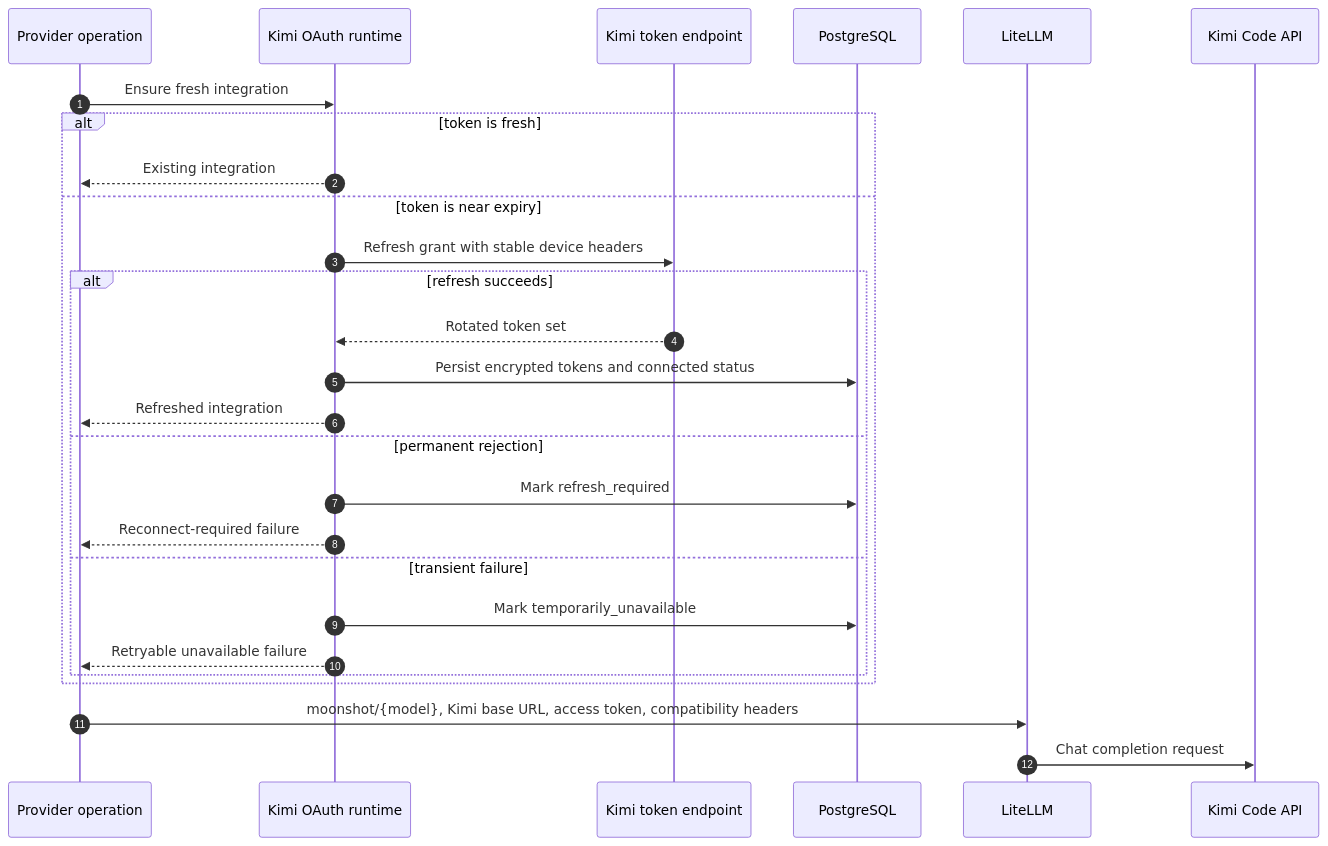
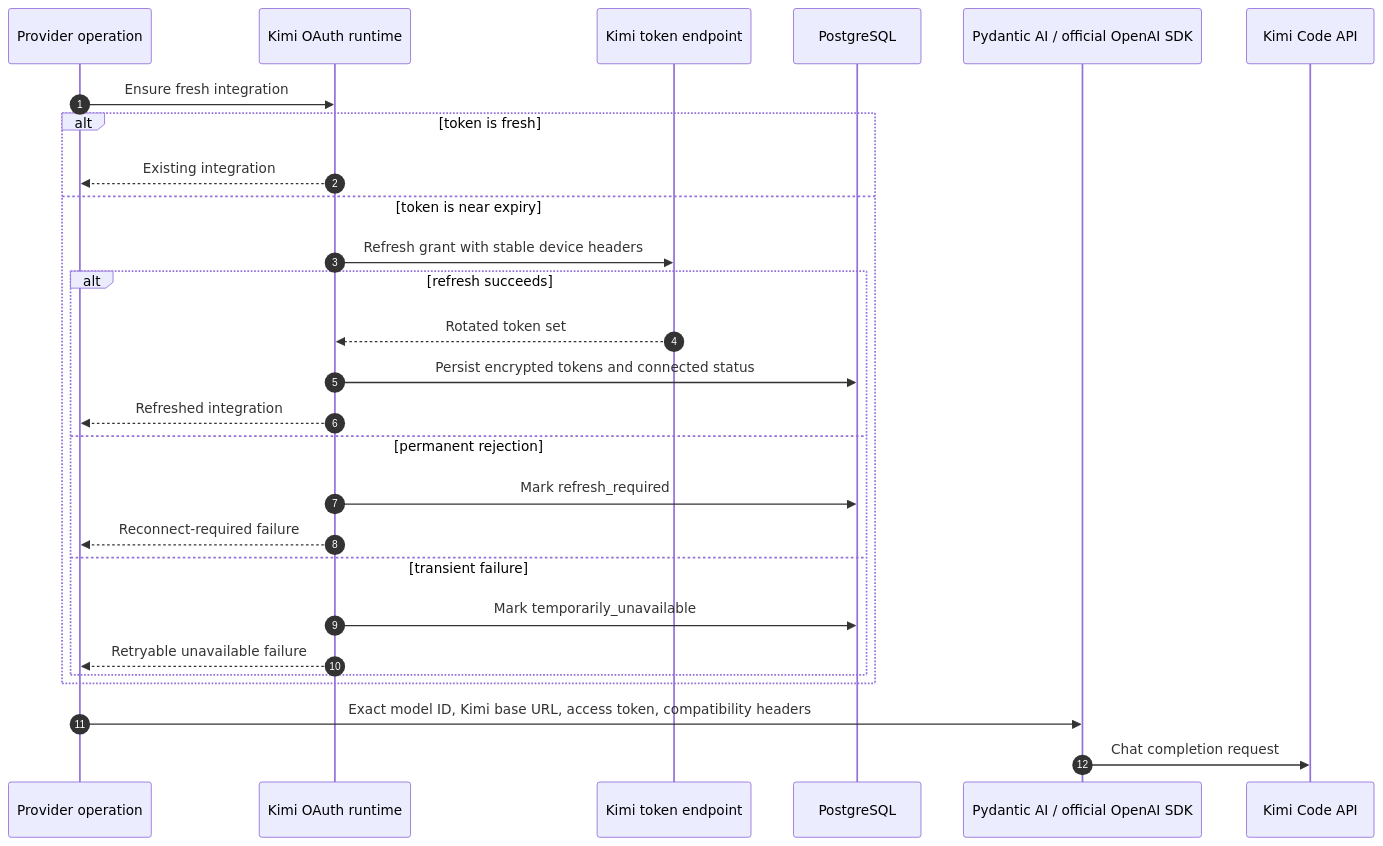
The second of 2 diagrams in docs/azents/spec/flow/kimi-oauth.md (azents/azents), drawn with Mermaid before and after one commit. The commit also changed other lines of this file and 117 other files, not shown here.

````diff
--- a/docs/azents/spec/flow/kimi-oauth.md
+++ b/docs/azents/spec/flow/kimi-oauth.md
@@ -145,30 +149,30 @@
 ```mermaid
 sequenceDiagram
     autonumber
     participant Operation as Provider operation
     participant OAuth as Kimi OAuth runtime
     participant Auth as Kimi token endpoint
     participant DB as PostgreSQL
-    participant LiteLLM
+    participant Model as Pydantic AI / official OpenAI SDK
     participant Kimi as Kimi Code API
 
     Operation->>OAuth: Ensure fresh integration
     alt token is fresh
         OAuth-->>Operation: Existing integration
     else token is near expiry
         OAuth->>Auth: Refresh grant with stable device headers
         alt refresh succeeds
             Auth-->>OAuth: Rotated token set
             OAuth->>DB: Persist encrypted tokens and connected status
             OAuth-->>Operation: Refreshed integration
         else permanent rejection
             OAuth->>DB: Mark refresh_required
             OAuth-->>Operation: Reconnect-required failure
         else transient failure
             OAuth->>DB: Mark temporarily_unavailable
             OAuth-->>Operation: Retryable unavailable failure
         end
     end
-    Operation->>LiteLLM: moonshot/{model}, Kimi base URL, access token, compatibility headers
-    LiteLLM->>Kimi: Chat completion request
+    Operation->>Model: Exact model ID, Kimi base URL, access token, compatibility headers
+    Model->>Kimi: Chat completion request
 ```
````
